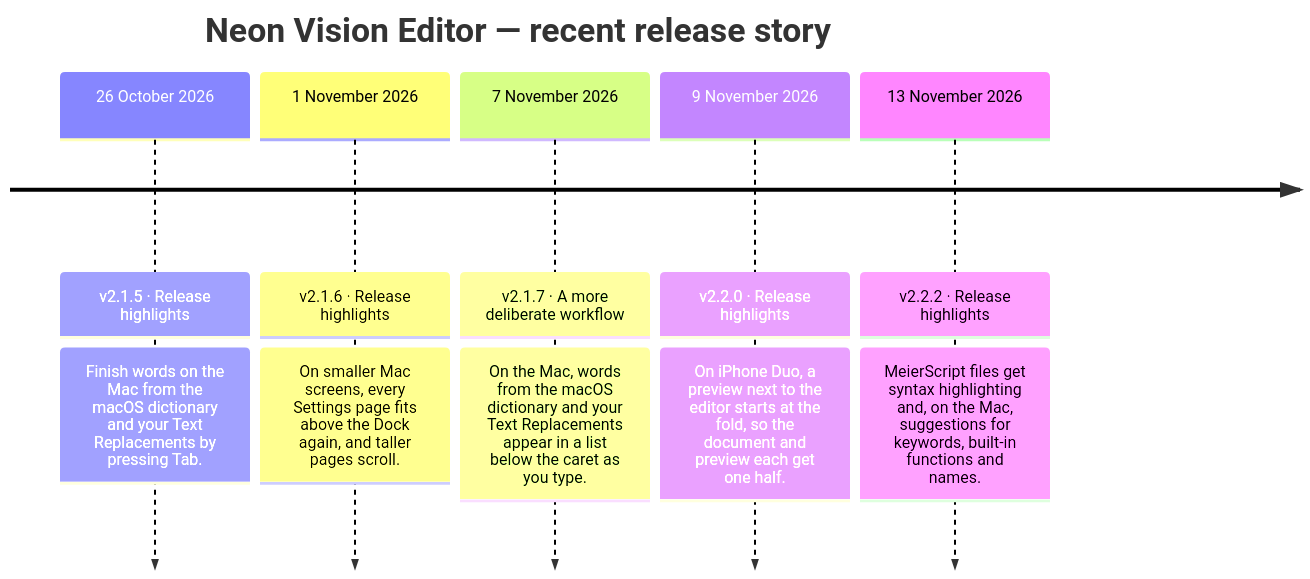
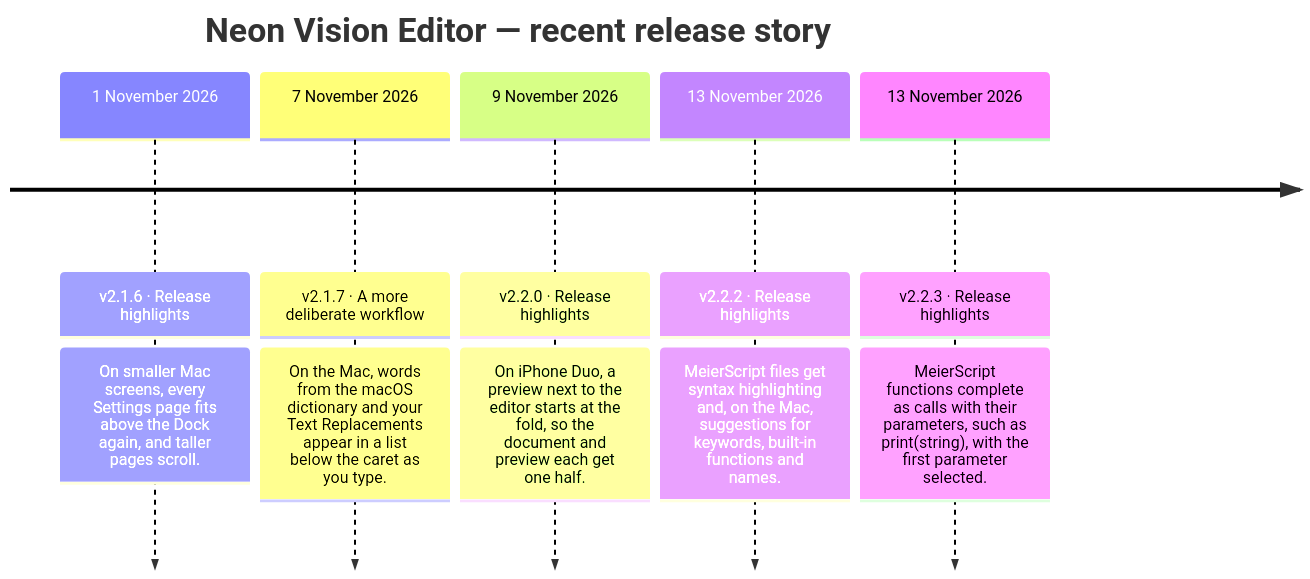
Before and after one commit to h3pdesign/Neon-Vision-Editor: the diagram in README.md, drawn with Mermaid. The commit also changed other lines of this file and 9 other files, not shown here.

````diff
--- a/README.md
+++ b/README.md
@@ -751,14 +761,14 @@
 ```mermaid
 timeline
     title Neon Vision Editor — recent release story
-    26 October 2026 : v2.1.5 · Release highlights
-                : Finish words on the Mac from the macOS dictionary and your Text Replacements by pressing Tab.
     1 November 2026 : v2.1.6 · Release highlights
                 : On smaller Mac screens, every Settings page fits above the Dock again, and taller pages scroll.
     7 November 2026 : v2.1.7 · A more deliberate workflow
                 : On the Mac, words from the macOS dictionary and your Text Replacements appear in a list below the caret as you type.
     9 November 2026 : v2.2.0 · Release highlights
                 : On iPhone Duo, a preview next to the editor starts at the fold, so the document and preview each get one half.
     13 November 2026 : v2.2.2 · Release highlights
                 : MeierScript files get syntax highlighting and, on the Mac, suggestions for keywords, built-in functions and names.
+    13 November 2026 : v2.2.3 · Release highlights
+                : MeierScript functions complete as calls with their parameters, such as print(string), with the first parameter selected.
 ```
````
